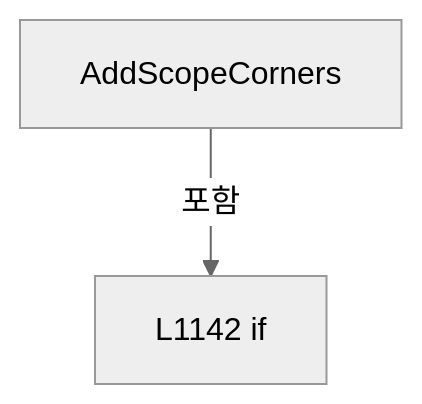
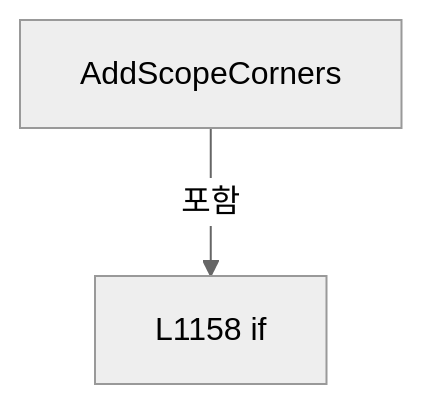
Before and after one commit to kjuws10-rgb/Shared: the ninth of 22 diagrams in A3 LD Code Ref/files/Drilling.UI/Menu/Menus/CReviewGlassPreviewBuilder.cs.md, drawn with Mermaid (neutral theme). The commit also changed other lines of this file and 2071 other files, not shown here.

Commit message:
docs(a3): update 11.19.0 architecture and code reference

````diff
--- a/A3 LD Code Ref/files/Drilling.UI/Menu/Menus/CReviewGlassPreviewBuilder.cs.md
+++ b/A3 LD Code Ref/files/Drilling.UI/Menu/Menus/CReviewGlassPreviewBuilder.cs.md
@@ -1876,6 +1891,6 @@
 ```mermaid
 flowchart TD
  M["AddScopeCorners"]
- N0["L1142 if"]
+ N0["L1158 if"]
  M -->|포함| N0
 ```
````
